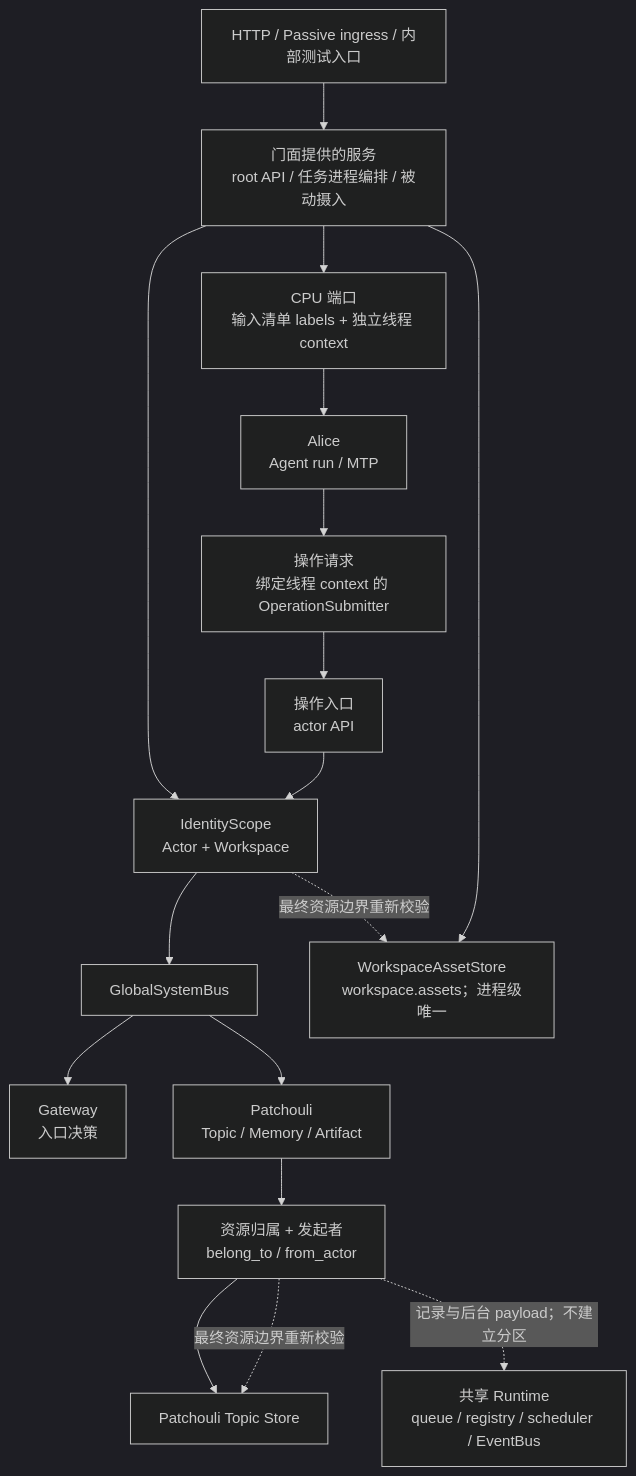
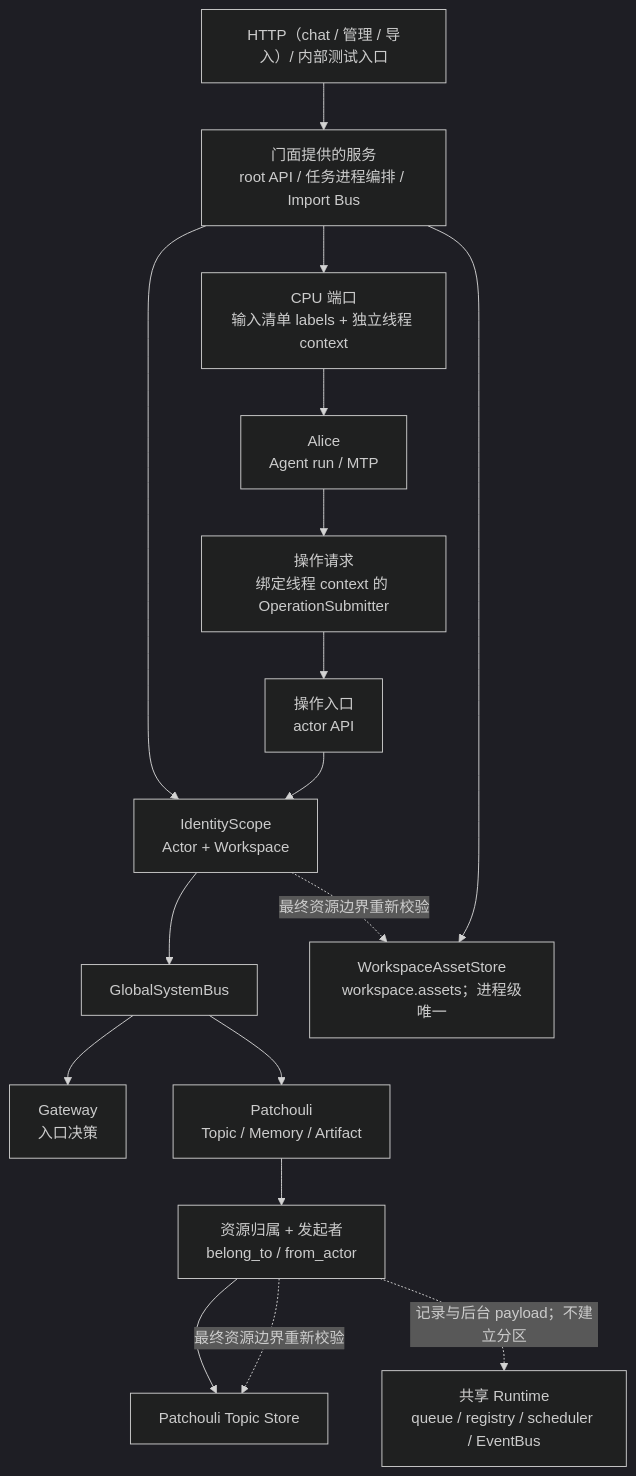
Before and after one commit to artemis03976/HiveMemory: the diagram in docs/workspace/README.md, drawn with Mermaid (dark theme). The commit also changed other lines of this file and 198 other files, not shown here.

First line of the commit message:
Feat/import bus redesign (#137)

````diff
--- a/docs/workspace/README.md
+++ b/docs/workspace/README.md
@@ -64,27 +64,27 @@
 ```mermaid
 flowchart TB
-    IN["HTTP / Passive ingress / 内部测试入口"]
+    IN["HTTP（chat / 管理 / 导入）/ 内部测试入口"]
     SCOPE["IdentityScope\nActor + Workspace"]
-    APP["门面提供的服务\nroot API / 任务进程编排 / 被动摄入"]
+    APP["门面提供的服务\nroot API / 任务进程编排 / Import Bus"]
     ENTRY["操作入口\nactor API"]
     BUS["GlobalSystemBus"]
     GW["Gateway\n入口决策"]
     PA["Patchouli\nTopic / Memory / Artifact"]
     IDENTITY["资源归属 + 发起者\nbelong_to / from_actor"]
     AL["Alice\nAgent run / MTP"]
     TOPIC["Patchouli Topic Store"]
     ASSET["WorkspaceAssetStore\nworkspace.assets；进程级唯一"]
     SHARED["共享 Runtime\nqueue / registry / scheduler / EventBus"]
 
     IN --> APP
     APP --> SCOPE --> BUS
     BUS --> GW
     BUS --> PA
     APP --> CPU["CPU 端口\n输入清单 labels + 独立线程 context"] --> AL
     AL --> OP["操作请求\n绑定线程 context 的 OperationSubmitter"] --> ENTRY --> SCOPE
     PA --> IDENTITY --> TOPIC
     APP --> ASSET
     IDENTITY -. "最终资源边界重新校验" .-> TOPIC
     SCOPE -. "最终资源边界重新校验" .-> ASSET
     IDENTITY -. "记录与后台 payload；不建立分区" .-> SHARED
 ```
````
